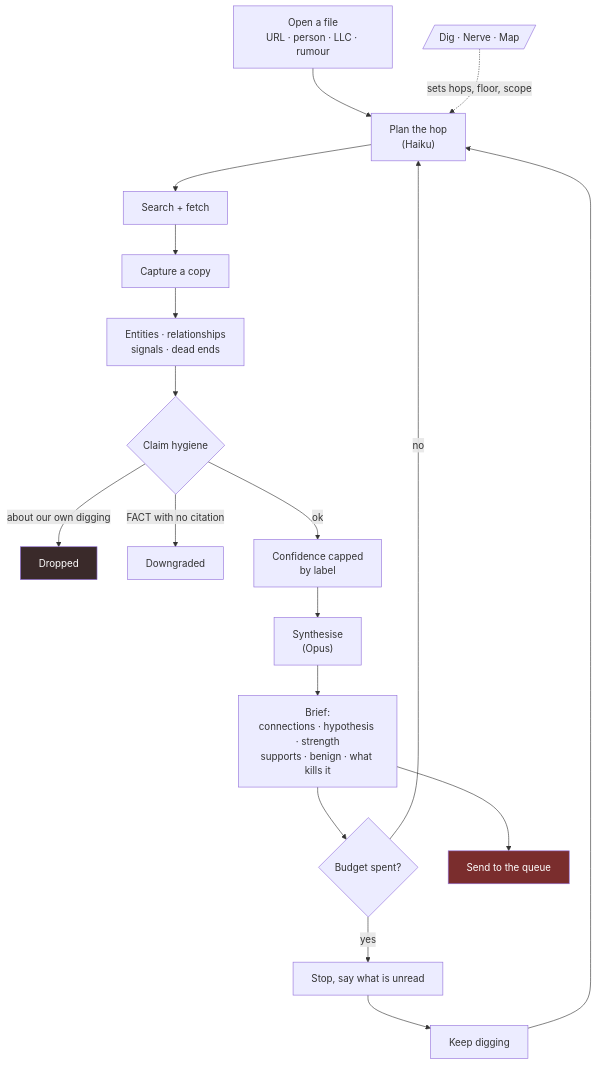
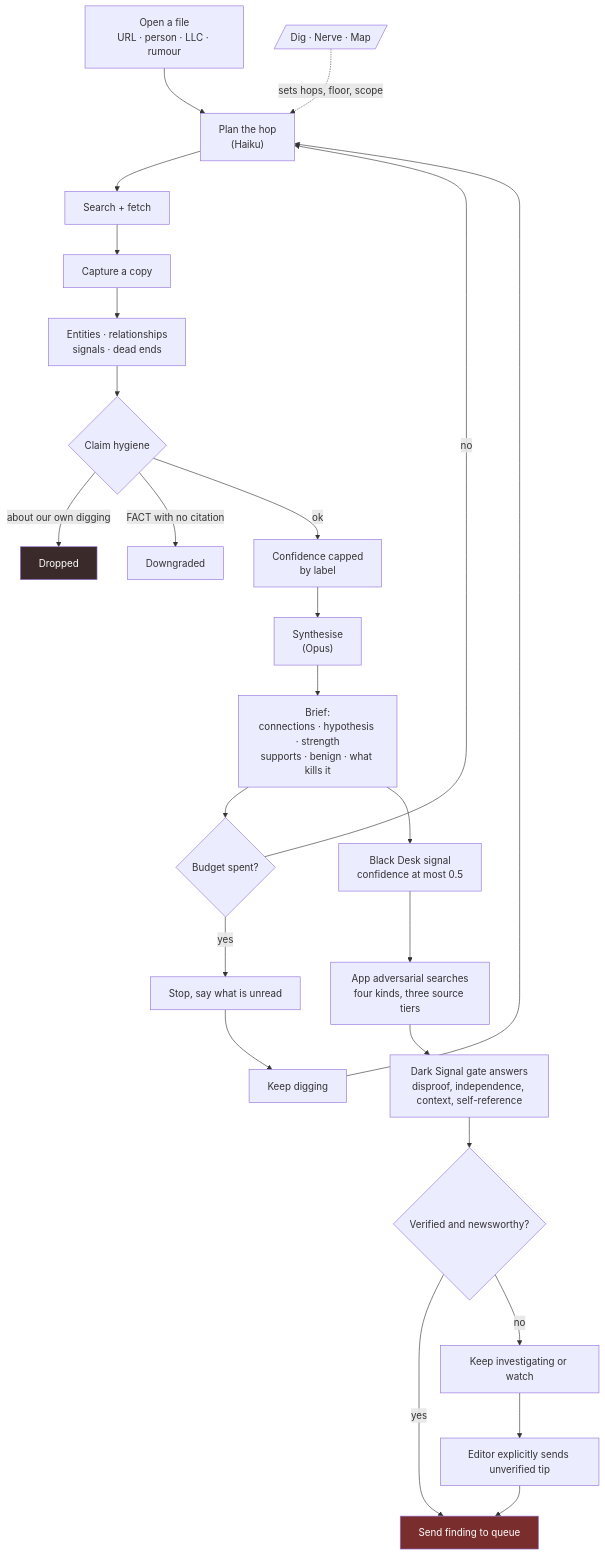
Before and after one commit to scottconverse/TownReporter: the fourth of 8 diagrams in docs/manual.md, drawn with Mermaid. The commit also changed other lines of this file and 44 other files, not shown here.

````diff
--- a/docs/manual.md
+++ b/docs/manual.md
@@ -696,22 +721,29 @@
 ```mermaid
 flowchart TB
     OPEN["Open a file<br/>URL · person · LLC · rumour"] --> PLAN
     DIALS[/"Dig · Nerve · Map"/] -.sets hops, floor, scope.-> PLAN
     PLAN["Plan the hop<br/>(Haiku)"] --> SEARCH["Search + fetch"]
     SEARCH --> CAP["Capture a copy"]
     CAP --> EXTRACT["Entities · relationships<br/>signals · dead ends"]
     EXTRACT --> HYG{"Claim hygiene"}
     HYG -->|about our own digging| DROP["Dropped"]
     HYG -->|FACT with no citation| DOWN["Downgraded"]
     HYG -->|ok| CLAMP["Confidence capped<br/>by label"]
     CLAMP --> SYN["Synthesise<br/>(Opus)"]
     SYN --> BRIEF["Brief:<br/>connections · hypothesis · strength<br/>supports · benign · what kills it"]
     BRIEF --> STOP{"Budget spent?"}
     STOP -->|no| PLAN
     STOP -->|yes| PARK["Stop, say what is unread"]
     PARK --> KEEP["Keep digging"] --> PLAN
-    BRIEF --> QUEUE["Send to the queue"]
+    BRIEF --> SPEC["Black Desk signal<br/>confidence at most 0.5"]
+    SPEC --> ADV["App adversarial searches<br/>four kinds, three source tiers"]
+    ADV --> VER["Dark Signal gate answers<br/>disproof, independence, context, self-reference"]
+    VER --> DEC{"Verified and newsworthy?"}
+    DEC -->|yes| QUEUE["Send finding to queue"]
+    DEC -->|no| WATCH["Keep investigating or watch"]
+    WATCH --> TIP["Editor explicitly sends unverified tip"]
+    TIP --> QUEUE
 
     style DROP fill:#3a2a2a,color:#fff
     style QUEUE fill:#7a2d2d,color:#fff
 ```
````
